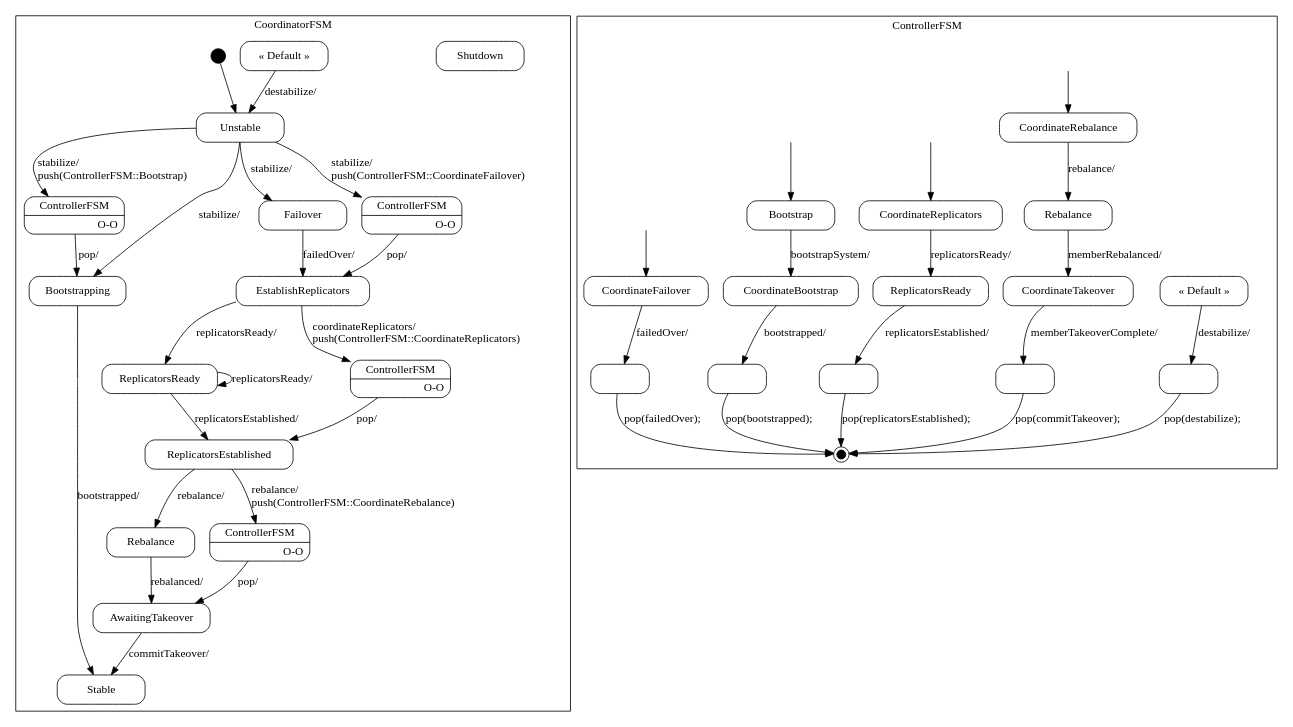
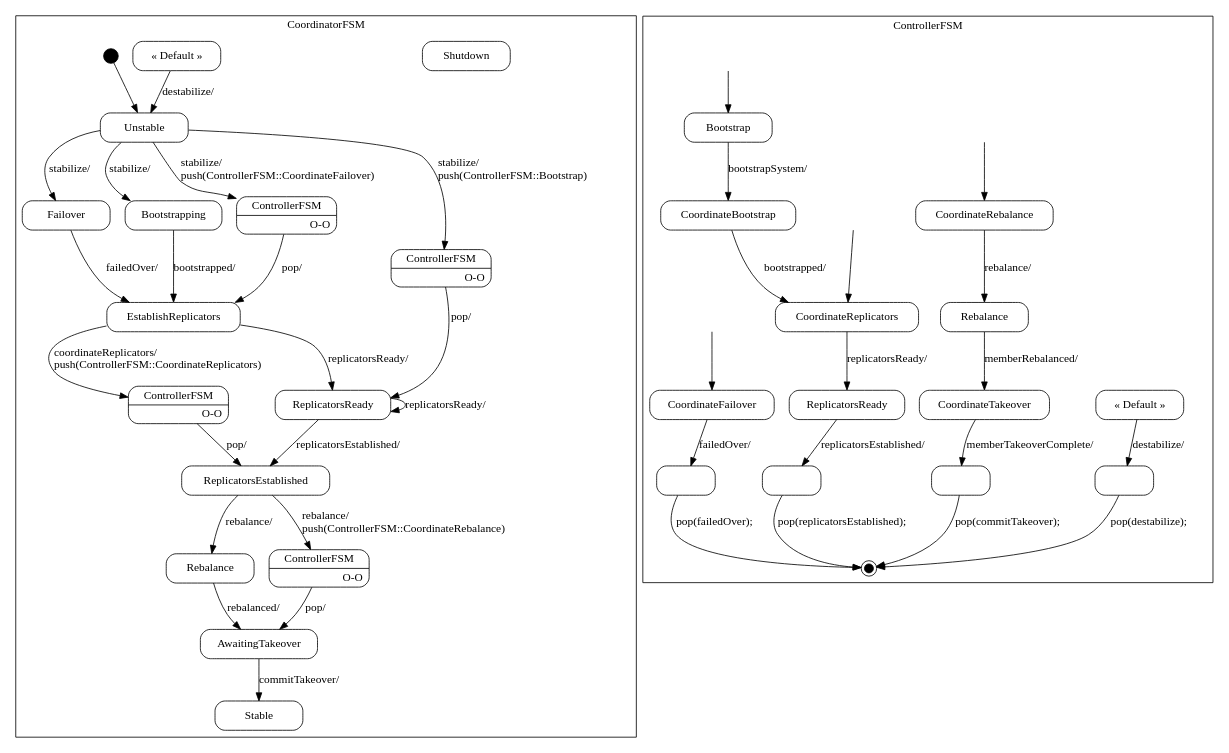
The diagram in spindle/doc/Coordinator_sm.dot (vmehra-sfdc/Ouroboros), drawn with Graphviz before and after one commit. The commit also changed 10 other files, not shown here.

```diff
--- a/spindle/doc/Coordinator_sm.dot
+++ b/spindle/doc/Coordinator_sm.dot
@@ -44,10 +44,10 @@
         "CoordinatorFSM::DefaultState"
             [label="{&laquo; Default &raquo;}"];
 
-        "CoordinatorFSM::Bootstrapping::ControllerFSM"
+        "CoordinatorFSM::ReplicatorsEstablished::ControllerFSM"
             [label="{ControllerFSM|O-O\r}"]
 
-        "CoordinatorFSM::ReplicatorsEstablished::ControllerFSM"
+        "CoordinatorFSM::ReplicatorsReady::ControllerFSM"
             [label="{ControllerFSM|O-O\r}"]
 
         "CoordinatorFSM::AwaitingTakeover::ControllerFSM"
@@ -69,13 +69,13 @@
         "CoordinatorFSM::Unstable" -> "CoordinatorFSM::Failover"
             [label="stabilize/\l"];
 
-        "CoordinatorFSM::Unstable" -> "CoordinatorFSM::Bootstrapping::ControllerFSM"
+        "CoordinatorFSM::Unstable" -> "CoordinatorFSM::ReplicatorsReady::ControllerFSM"
             [label="stabilize/\lpush(ControllerFSM::Bootstrap)\l"];
 
         "CoordinatorFSM::Unstable" -> "CoordinatorFSM::Bootstrapping"
             [label="stabilize/\l"];
 
-        "CoordinatorFSM::Bootstrapping" -> "CoordinatorFSM::Stable"
+        "CoordinatorFSM::Bootstrapping" -> "CoordinatorFSM::EstablishReplicators"
             [label="bootstrapped/\l"];
 
         "CoordinatorFSM::Failover" -> "CoordinatorFSM::EstablishReplicators"
@@ -108,10 +108,10 @@
         "CoordinatorFSM::DefaultState" -> "CoordinatorFSM::Unstable"
             [label="destabilize/\l"];
 
-        "CoordinatorFSM::Bootstrapping::ControllerFSM" -> "CoordinatorFSM::Bootstrapping"
+        "CoordinatorFSM::ReplicatorsEstablished::ControllerFSM" -> "CoordinatorFSM::ReplicatorsEstablished"
             [label="pop/"]
 
-        "CoordinatorFSM::ReplicatorsEstablished::ControllerFSM" -> "CoordinatorFSM::ReplicatorsEstablished"
+        "CoordinatorFSM::ReplicatorsReady::ControllerFSM" -> "CoordinatorFSM::ReplicatorsReady"
             [label="pop/"]
 
         "CoordinatorFSM::AwaitingTakeover::ControllerFSM" -> "CoordinatorFSM::AwaitingTakeover"
@@ -161,9 +161,6 @@
         "ControllerFSM::pop(destabilize)"
             [label="" width=1]
 
-        "ControllerFSM::pop(bootstrapped)"
-            [label="" width=1]
-
         "ControllerFSM::pop(commitTakeover)"
             [label="" width=1]
 
@@ -195,7 +192,7 @@
         "ControllerFSM::Bootstrap" -> "ControllerFSM::CoordinateBootstrap"
             [label="bootstrapSystem/\l"];
 
-        "ControllerFSM::CoordinateBootstrap" -> "ControllerFSM::pop(bootstrapped)"
+        "ControllerFSM::CoordinateBootstrap" -> "ControllerFSM::CoordinateReplicators"
             [label="bootstrapped/\l"];
 
         "ControllerFSM::CoordinateFailover" -> "ControllerFSM::pop(failedOver)"
@@ -222,9 +219,6 @@
         "ControllerFSM::pop(destabilize)" -> "ControllerFSM::%end"
             [label="pop(destabilize);\l"];
 
-        "ControllerFSM::pop(bootstrapped)" -> "ControllerFSM::%end"
-            [label="pop(bootstrapped);\l"];
-
         "ControllerFSM::pop(commitTakeover)" -> "ControllerFSM::%end"
             [label="pop(commitTakeover);\l"];
 
```
